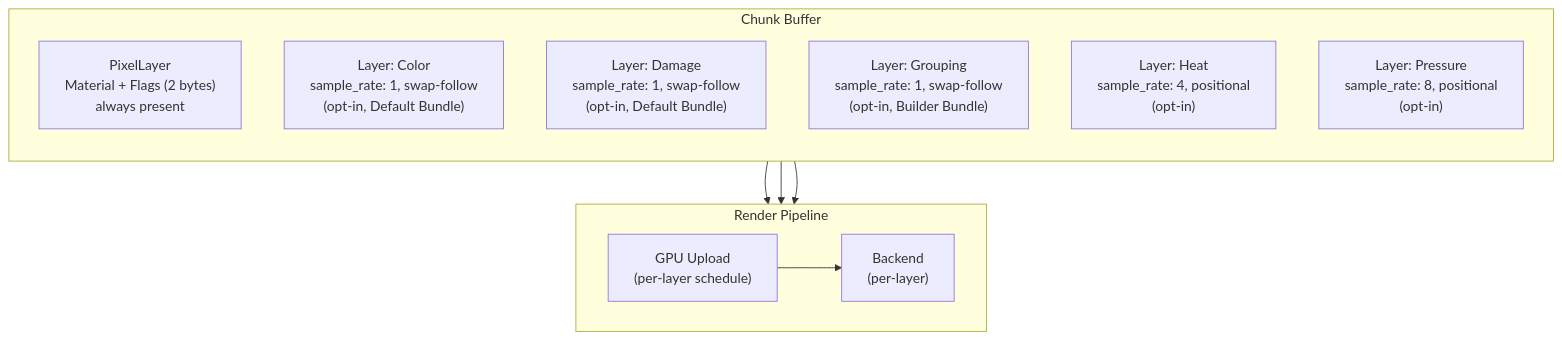
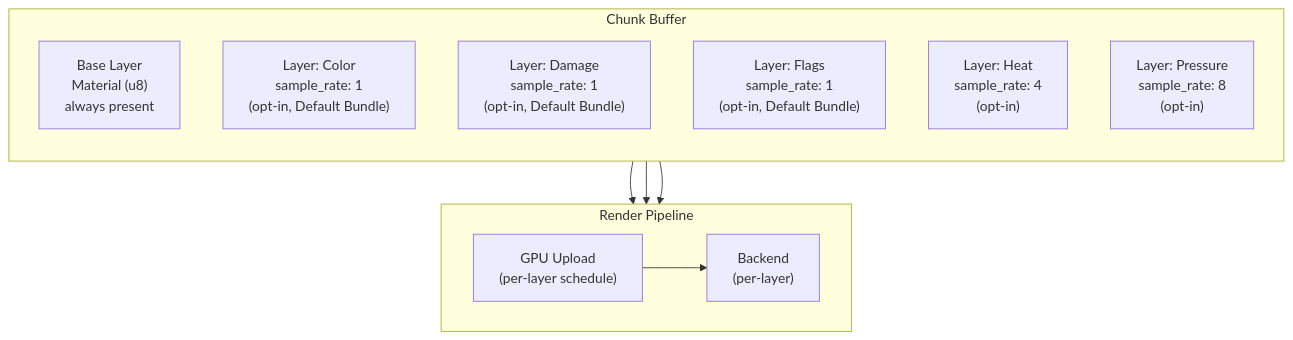
One commit to api-haus/bevy_pixel_world changed the third of 5 diagrams in docs/arhitecture/modularity/pixel-layers.md. Above: the diagram before and after it, drawn with Mermaid. The commit also changed other lines of this file and 20 other files, not shown here.

````diff
--- a/docs/arhitecture/modularity/pixel-layers.md
+++ b/docs/arhitecture/modularity/pixel-layers.md
@@ -249,23 +231,23 @@
 ```mermaid
 flowchart TB
     subgraph Chunk["Chunk Buffer"]
         direction TB
-        Base["PixelLayer<br/>Material + Flags (2 bytes)<br/>always present"]
-        L0["Layer: Color<br/>sample_rate: 1, swap-follow<br/>(opt-in, Default Bundle)"]
-        L1["Layer: Damage<br/>sample_rate: 1, swap-follow<br/>(opt-in, Default Bundle)"]
-        L2["Layer: Grouping<br/>sample_rate: 1, swap-follow<br/>(opt-in, Builder Bundle)"]
-        L3["Layer: Heat<br/>sample_rate: 4, positional<br/>(opt-in)"]
-        L4["Layer: Pressure<br/>sample_rate: 8, positional<br/>(opt-in)"]
+        Base["Base Layer<br/>Material (u8)<br/>always present"]
+        L0["Layer: Color<br/>sample_rate: 1<br/>(opt-in, Default Bundle)"]
+        L1["Layer: Damage<br/>sample_rate: 1<br/>(opt-in, Default Bundle)"]
+        L2["Layer: Flags<br/>sample_rate: 1<br/>(opt-in, Default Bundle)"]
+        L3["Layer: Heat<br/>sample_rate: 4<br/>(opt-in)"]
+        L4["Layer: Pressure<br/>sample_rate: 8<br/>(opt-in)"]
     end
 
     subgraph Render["Render Pipeline"]
         direction LR
         R1["GPU Upload<br/>(per-layer schedule)"]
         R2["Backend<br/>(per-layer)"]
     end
 
     L0 --> R1
     L3 --> R1
     L4 --> R1
     R1 --> R2
 ```
````
